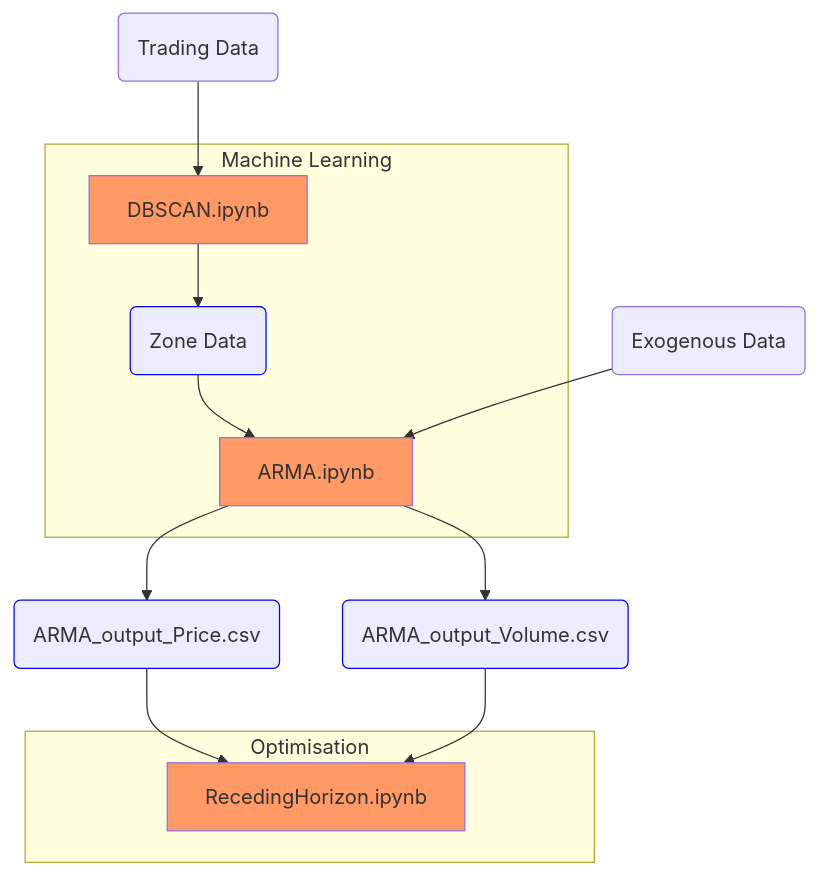
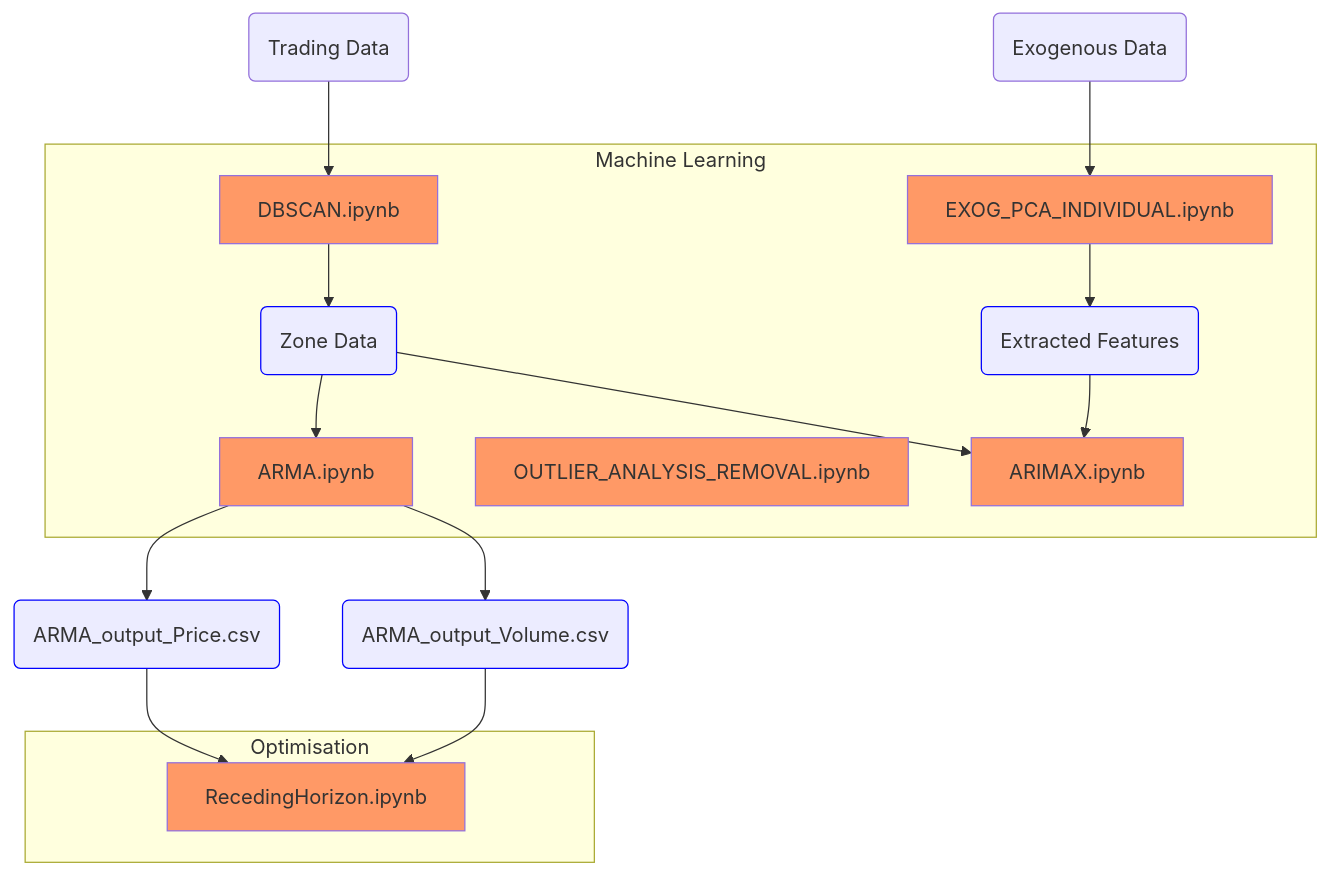
The diagram in README.md (ELEN-Workshops-and-LDI/LDI-ML), drawn with Mermaid before and after one commit.

````diff
--- a/README.md
+++ b/README.md
@@ -6,22 +6,29 @@
 ```mermaid
   graph TD;
-  
+        exog("Exogenous Data")-->pca
       A("Trading Data")-->B["DBSCAN.ipynb"]:::nb;
       subgraph Machine Learning
       B-->zd("Zone Data"):::output
       zd-->arma["ARMA.ipynb"]:::nb
+      pca["EXOG_PCA_INDIVIDUAL.ipynb"]:::nb
+      outl["OUTLIER_ANALYSIS_REMOVAL.ipynb"]:::nb
+      arimax["ARIMAX.ipynb"]:::nb
+      pca-->fet("Extracted Features"):::output
+      zd-->arimax
       end
         arma-->modP("ARMA_output_Price.csv"):::output
         arma-->modV("ARMA_output_Volume.csv"):::output
 
         modP-->opt
         modV-->opt
         subgraph Optimisation
         opt["RecedingHorizon.ipynb"]:::nb
         end
 
-    exog("Exogenous Data")-->arma
+    
+    fet-->arimax
+    
 
     classDef nb fill:#f96
     classDef output stroke:#00f
 ```
````
